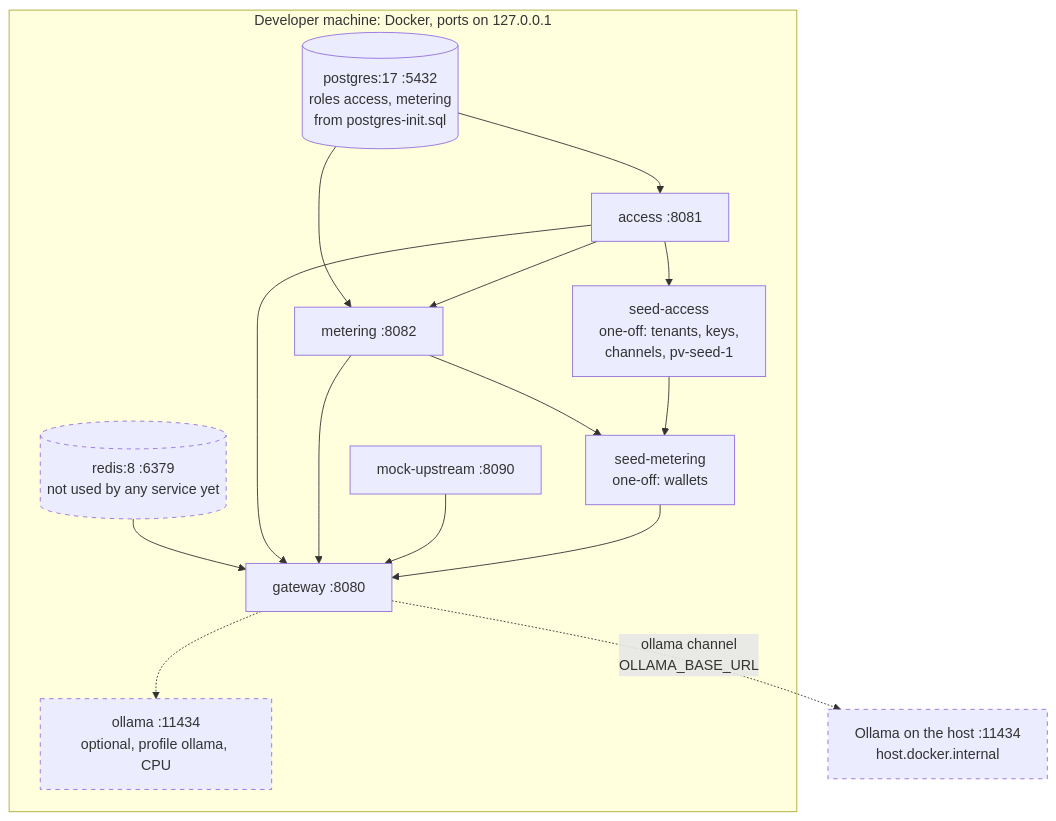
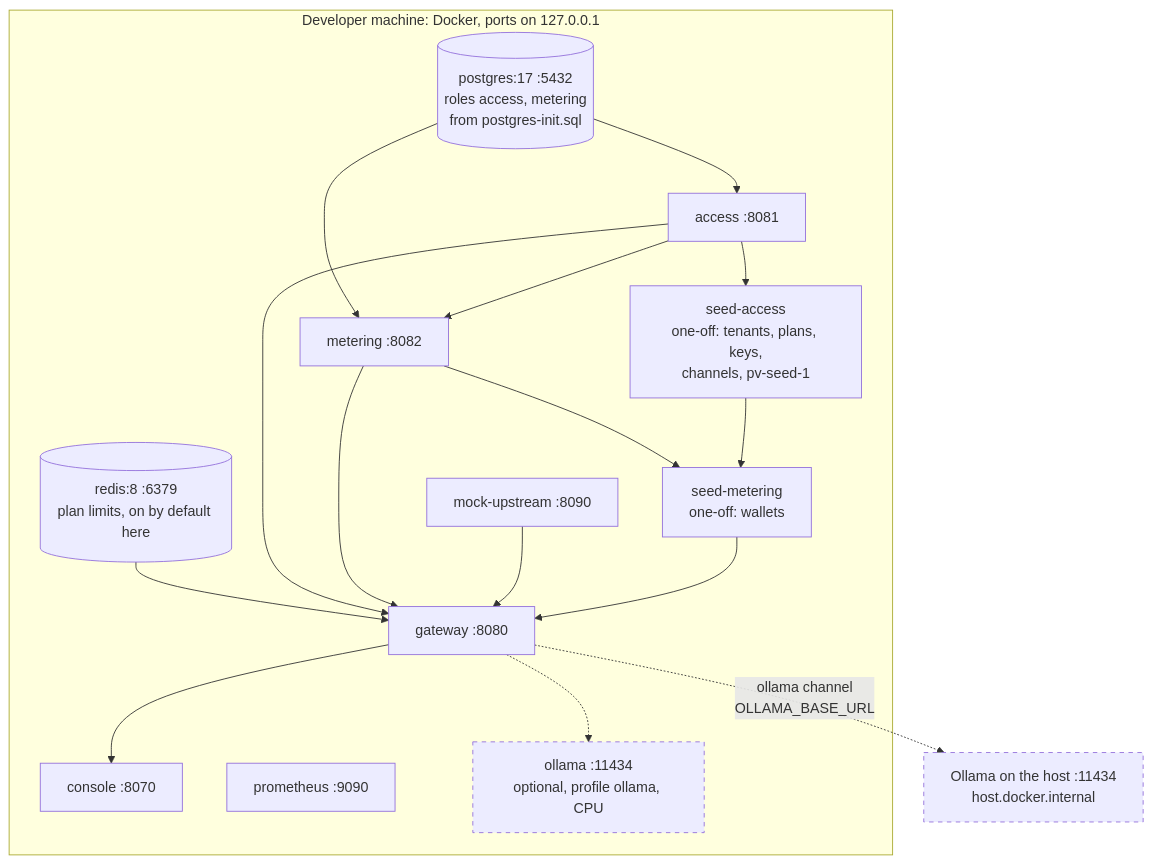
Before and after one commit to bibi45c/gateflow: the fourth of 14 diagrams in docs/diagrams/as-built.md, drawn with Mermaid. The commit also changed other lines of this file, not shown here.

````diff
--- a/docs/diagrams/as-built.md
+++ b/docs/diagrams/as-built.md
@@ -226,32 +359,35 @@
 ```mermaid
 flowchart TB
   subgraph host["Developer machine: Docker, ports on 127.0.0.1"]
     PG[("postgres:17 :5432<br/>roles access, metering<br/>from postgres-init.sql")]
-    RD[("redis:8 :6379<br/>not used by any service yet")]
+    RD[("redis:8 :6379<br/>plan limits, on by default here")]
     AC["access :8081"]
     ME["metering :8082"]
-    SA["seed-access<br/>one-off: tenants, keys,<br/>channels, pv-seed-1"]
+    SA["seed-access<br/>one-off: tenants, plans, keys,<br/>channels, pv-seed-1"]
     SM["seed-metering<br/>one-off: wallets"]
     MU["mock-upstream :8090"]
     GW["gateway :8080"]
+    CO["console :8070"]
+    PM["prometheus :9090"]
     OLC["ollama :11434<br/>optional, profile ollama, CPU"]
   end
   OLH["Ollama on the host :11434<br/>host.docker.internal"]
 
   PG --> AC
   PG --> ME
   AC --> ME
   AC --> SA
   ME --> SM
   SA --> SM
   RD --> GW
   AC --> GW
   ME --> GW
   MU --> GW
   SM --> GW
+  GW --> CO
   GW -.->|"ollama channel<br/>OLLAMA_BASE_URL"| OLH
   GW -.-> OLC
 
   classDef optional stroke-dasharray:5 5
-  class OLC,OLH,RD optional
+  class OLC,OLH optional
 ```
````
